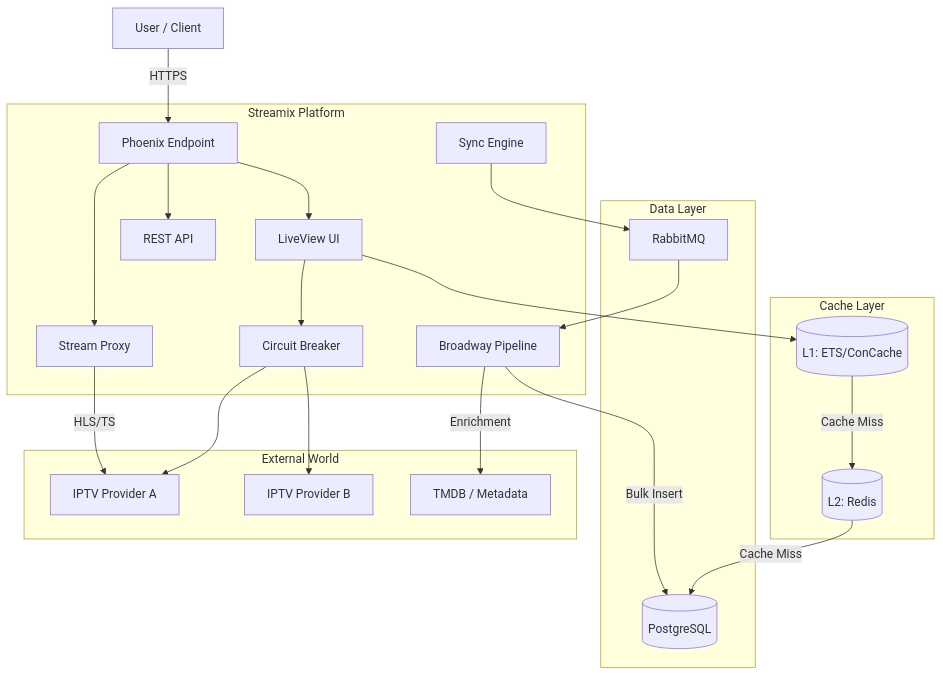
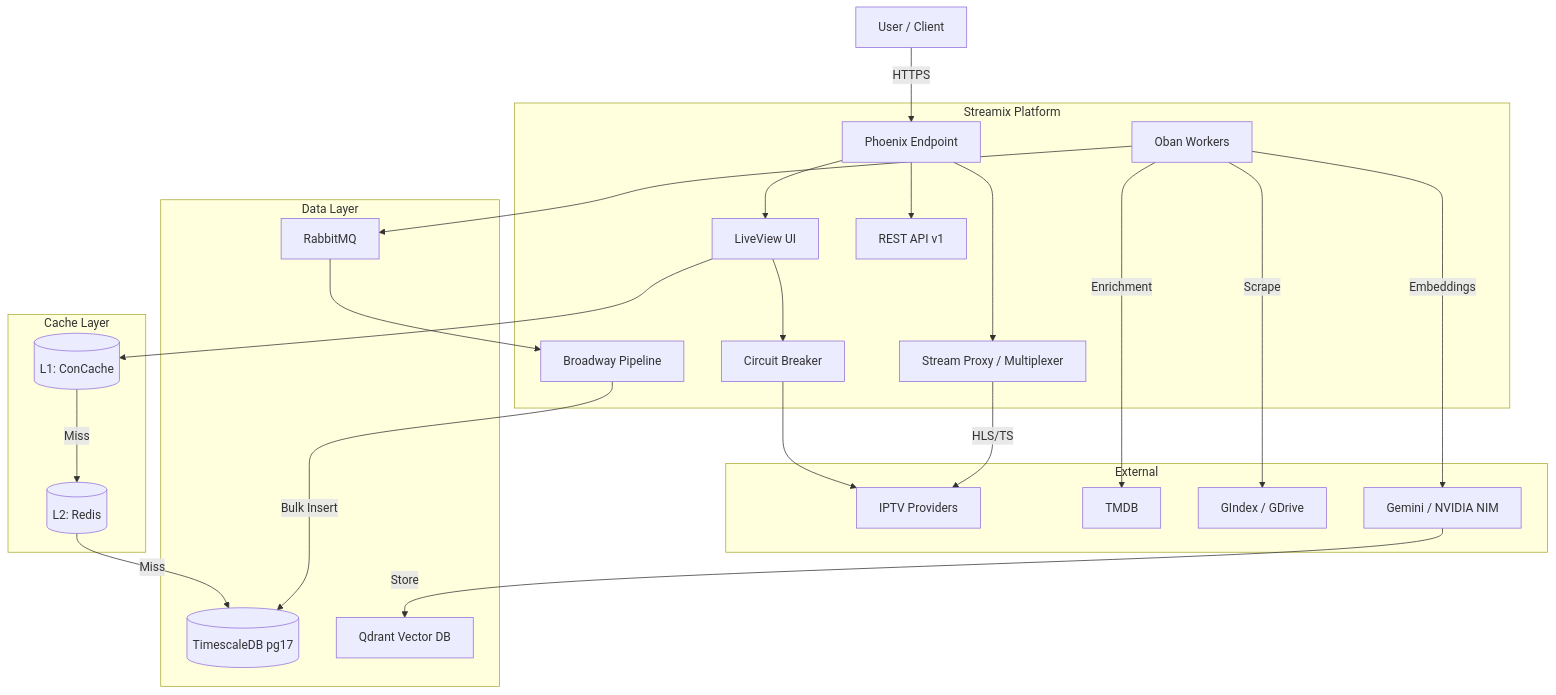
The first of 2 diagrams in README.md (gabrielmaialva33/streamix), drawn with Mermaid before and after one commit. The commit also changed other lines of this file, not shown here.

````diff
--- a/README.md
+++ b/README.md
@@ -153,50 +107,54 @@
 ```mermaid
 graph TD
     User[User / Client]
 
     subgraph "Streamix Platform"
         LB[Phoenix Endpoint]
         LV[LiveView UI]
-        API[REST API]
-        Proxy[Stream Proxy]
+        API[REST API v1]
+        Proxy[Stream Proxy / Multiplexer]
         CB[Circuit Breaker]
-        Sync[Sync Engine]
+        Sync[Oban Workers]
         Broadway[Broadway Pipeline]
     end
 
     subgraph "Cache Layer"
-        L1[(L1: ETS/ConCache)]
+        L1[(L1: ConCache)]
         L2[(L2: Redis)]
     end
 
     subgraph "Data Layer"
-        DB[(PostgreSQL)]
+        DB[(TimescaleDB pg17)]
         RMQ[RabbitMQ]
+        QD[Qdrant Vector DB]
     end
 
-    subgraph "External World"
-        P1[IPTV Provider A]
-        P2[IPTV Provider B]
-        TM[TMDB / Metadata]
+    subgraph "External"
+        P1[IPTV Providers]
+        TM[TMDB]
+        GI[GIndex / GDrive]
+        AI[Gemini / NVIDIA NIM]
     end
 
     User -->|HTTPS| LB
     LB --> LV
     LB --> API
     LB --> Proxy
 
     LV --> L1
-    L1 -->|Cache Miss| L2
-    L2 -->|Cache Miss| DB
+    L1 -->|Miss| L2
+    L2 -->|Miss| DB
 
     LV --> CB
     CB --> P1
-    CB --> P2
 
     Sync --> RMQ
     RMQ --> Broadway
     Broadway -->|Bulk Insert| DB
-    Broadway -->|Enrichment| TM
+    Sync -->|Enrichment| TM
+    Sync -->|Embeddings| AI
+    AI -->|Store| QD
 
     Proxy -->|HLS/TS| P1
+    Sync -->|Scrape| GI
 ```
````
